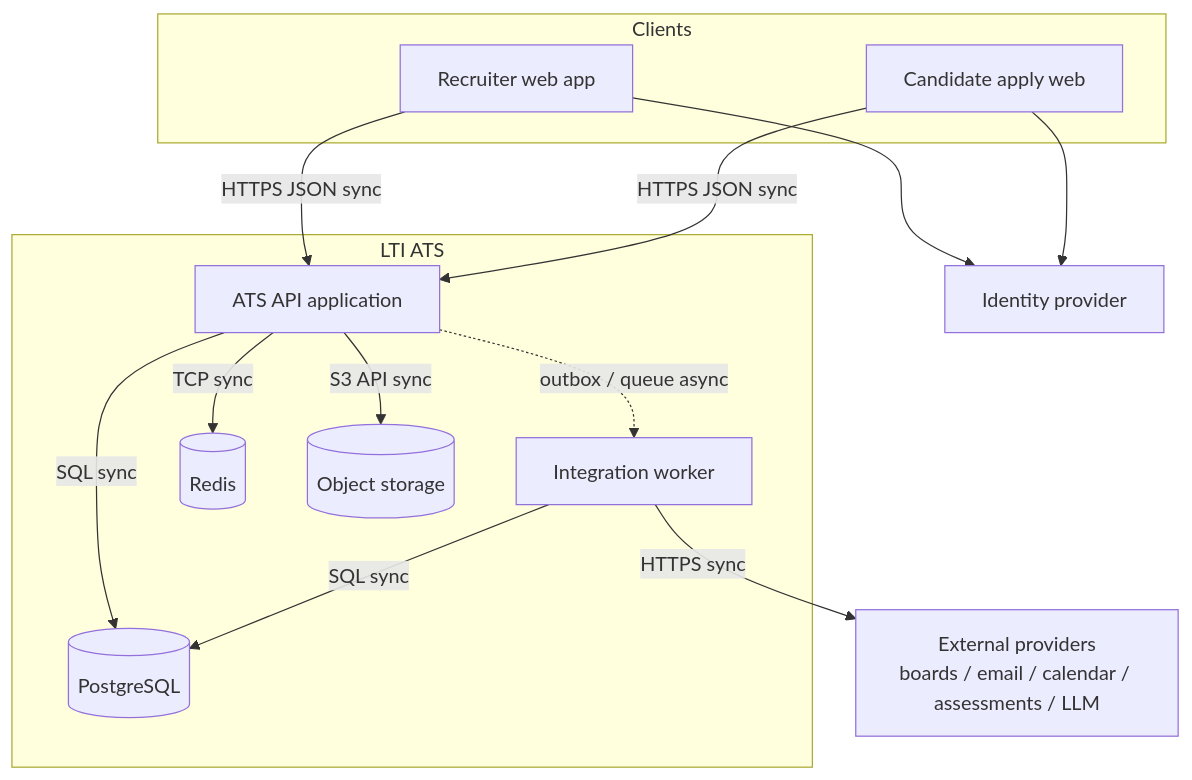
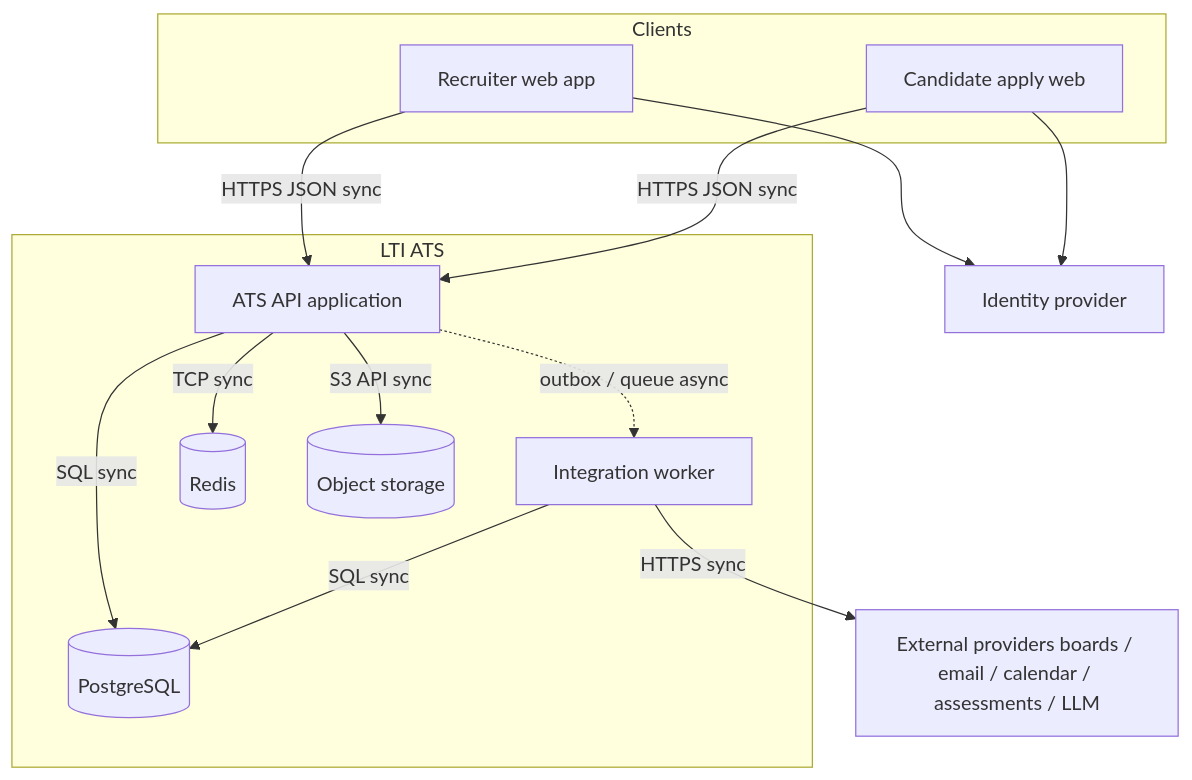
One commit to icsanabriar/AI4Devs-design-1-202602-Seniors changed the seventh of 8 diagrams in LTI-ICS/LTI-ICS.md. Above: the diagram before and after it, drawn with Mermaid.

Commit message:
fix(docs): Remove typo on mermaid diagram.

````diff
--- a/LTI-ICS/LTI-ICS.md
+++ b/LTI-ICS/LTI-ICS.md
@@ -466,26 +466,26 @@
 ```mermaid
 flowchart TB
   subgraph Clients
     W1[Recruiter web app]
     W2[Candidate apply web]
   end
   subgraph LTI_ATS["LTI ATS"]
     API[ATS API application]
     WRK[Integration worker]
     DB[(PostgreSQL)]
     RED[(Redis)]
     OBJ[(Object storage)]
   end
   IDP[Identity provider]
-  EXT[External providers\nboards / email / calendar / assessments / LLM]
+  EXT[External providers boards / email / calendar / assessments / LLM]
   W1 -->|HTTPS JSON sync| API
   W2 -->|HTTPS JSON sync| API
   W1 --> IDP
   W2 --> IDP
   API -->|SQL sync| DB
   API -->|S3 API sync| OBJ
   API -->|TCP sync| RED
   API -.->|outbox / queue async| WRK
   WRK -->|HTTPS sync| EXT
   WRK -->|SQL sync| DB
 ```
````
